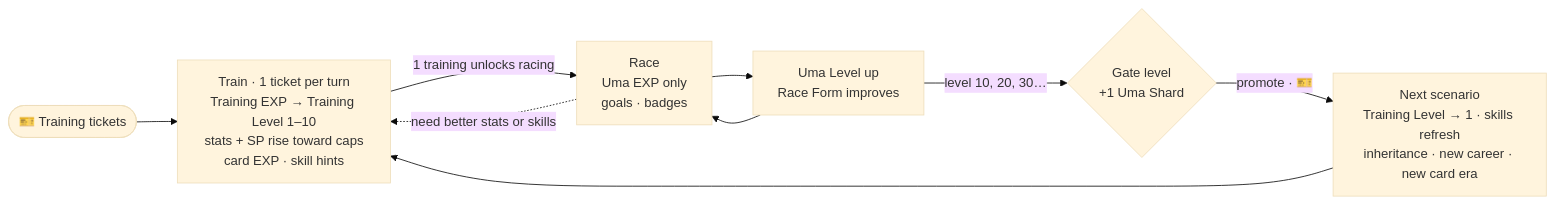
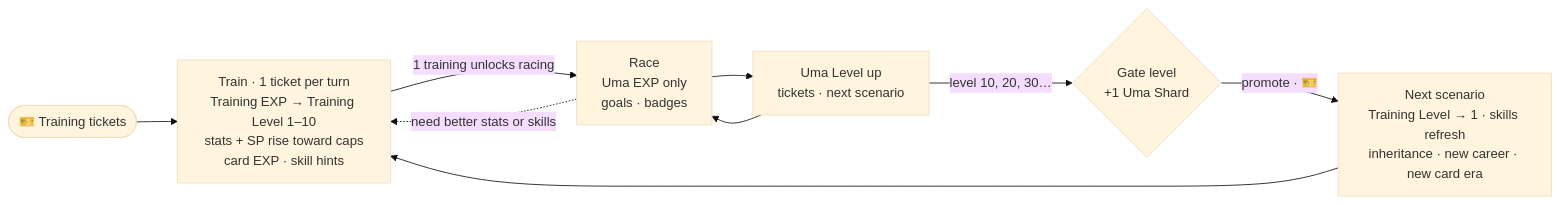
The first of 2 diagrams in docs/design/00-overview.md (luismlorenzana/uma-racer), drawn with Mermaid (base theme) before and after one commit. The commit also changed other lines of this file and 30 other files, not shown here.

````diff
--- a/docs/design/00-overview.md
+++ b/docs/design/00-overview.md
@@ -27,11 +27,11 @@
 ```mermaid
 flowchart LR
     Tix([🎫 Training tickets]) --> Train
     Train["Train · 1 ticket per turn<br/>Training EXP → Training Level 1–10<br/>stats + SP rise toward caps<br/>card EXP · skill hints"] -->|"1 training unlocks racing"| Race
-    Race["Race<br/>Uma EXP only<br/>goals · badges"] --> LevelUp["Uma Level up<br/>Race Form improves"]
+    Race["Race<br/>Uma EXP only<br/>goals · badges"] --> LevelUp["Uma Level up<br/>tickets · next scenario"]
     LevelUp --> Race
     Race -.->|"need better stats or skills"| Train
     LevelUp -->|"level 10, 20, 30…"| Gate{"Gate level<br/>+1 Uma Shard"}
     Gate -->|"promote · 🎫"| Next["Next scenario<br/>Training Level → 1 · skills refresh<br/>inheritance · new career · new card era"]
     Next --> Train
 ```
````
